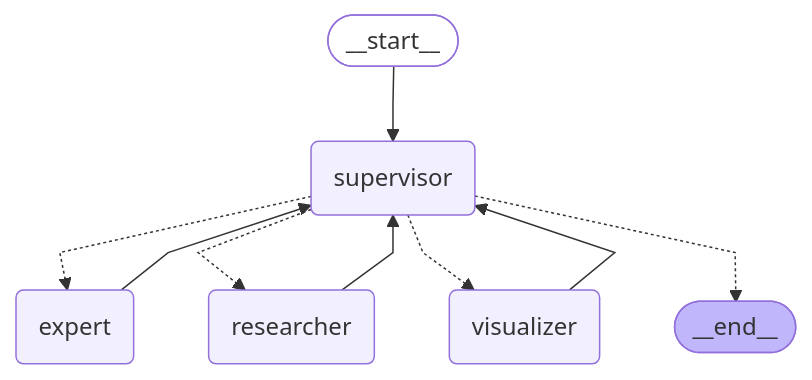
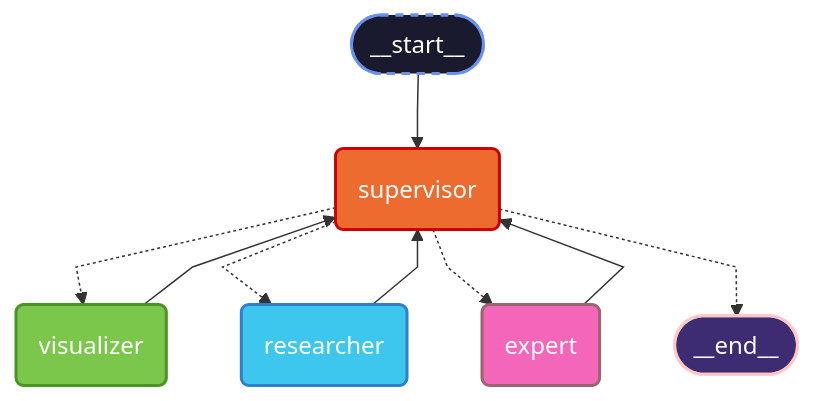
One commit to gabrielblins/pokemon-agent-system changed the diagram in README.md. Above: the diagram before and after it, drawn with Mermaid. The commit also changed other lines of this file and 10 other files, not shown here.

````diff
--- a/README.md
+++ b/README.md
@@ -262,21 +273,31 @@
 ```mermaid
 %%{init: {'flowchart': {'curve': 'linear'}}}%%
-graph TD;
-	__start__([<p>__start__</p>]):::first
-	supervisor(supervisor)
-	researcher(researcher)
-	expert(expert)
-	visualizer(visualizer)
-	__end__([<p>__end__</p>]):::last
-	__start__ --> supervisor;
-	expert --> supervisor;
-	researcher --> supervisor;
-	visualizer --> supervisor;
-	supervisor -.-> expert;
-	supervisor -.-> researcher;
-	supervisor -.-> visualizer;
-	supervisor -.-> __end__;
-	classDef default fill:#f2f0ff,line-height:1.2
-	classDef first fill-opacity:0
-	classDef last fill:#bfb6fc
+graph TD
+    __start__([__start__]):::first
+    supervisor(supervisor):::trainer
+    researcher(researcher):::professor
+    expert(expert):::elite
+    visualizer(visualizer):::artist
+    __end__([__end__]):::last
+    
+    __start__ --> supervisor
+    expert --> supervisor
+    researcher --> supervisor
+    visualizer --> supervisor
+    
+    supervisor -.-> visualizer
+    supervisor -.-> researcher
+    supervisor -.-> expert
+    supervisor -.-> __end__
+    
+    %% Pokémon-themed styling
+    classDef default color:#ffffff,stroke-width:2
+    classDef first fill:#1a1a2e,stroke:#6890f0,stroke-width:2,stroke-dasharray:5 5,color:#ffffff
+    classDef last fill:#3d2c71,stroke:#ffc7c5,stroke-width:2,color:#ffffff
+    
+    %% Agent-specific styling based on Pokémon types/roles
+    classDef trainer fill:#ee6b2f,stroke:#cc0000,color:#ffffff %% Fire-type/Trainer colors
+    classDef professor fill:#3dc7ef,stroke:#2e80cc,color:#ffffff %% Water-type/Professor colors
+    classDef elite fill:#f366b9,stroke:#9b6470,color:#ffffff %% Psychic-type/Elite colors
+    classDef artist fill:#7AC74C,stroke:#4a9421,color:#ffffff %% Grass-type/Artist colors
 ```
````
